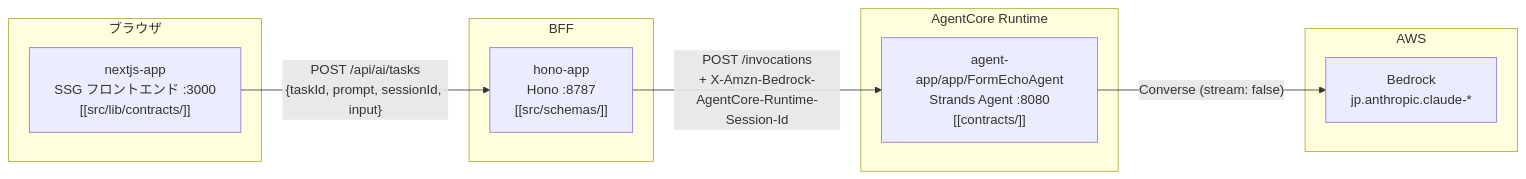
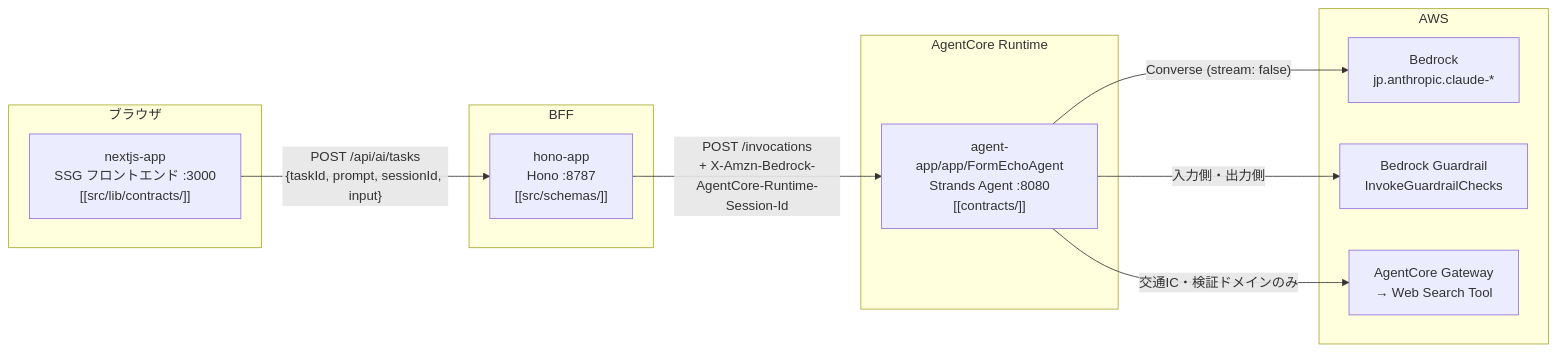
One commit to ag-ke-nakamura/form-echo-agent changed the first of 9 diagrams in docs/architecture.md. Above: the diagram before and after it, drawn with Mermaid. The commit also changed other lines of this file and 6 other files, not shown here.

````diff
--- a/docs/architecture.md
+++ b/docs/architecture.md
@@ -9,22 +9,26 @@
 ```mermaid
 graph LR
     subgraph browser["ブラウザ"]
         UI["nextjs-app<br/>SSG フロントエンド :3000<br/>[[src/lib/contracts/]]"]
     end
 
     subgraph bff_box["BFF"]
         BFF["hono-app<br/>Hono :8787<br/>[[src/schemas/]]"]
     end
 
     subgraph runtime_box["AgentCore Runtime"]
         RT["agent-app/app/FormEchoAgent<br/>Strands Agent :8080<br/>[[contracts/]]"]
     end
 
     subgraph aws["AWS"]
         BR["Bedrock<br/>jp.anthropic.claude-*"]
+        GR["Bedrock Guardrail<br/>InvokeGuardrailChecks"]
+        GW["AgentCore Gateway<br/>→ Web Search Tool"]
     end
 
     UI -->|"POST /api/ai/tasks<br/>{taskId, prompt, sessionId, input}"| BFF
     BFF -->|"POST /invocations<br/>+ X-Amzn-Bedrock-AgentCore-Runtime-Session-Id"| RT
     RT -->|"Converse (stream: false)"| BR
+    RT -->|"入力側・出力側"| GR
+    RT -->|"交通IC・検証ドメインのみ"| GW
 ```
````
